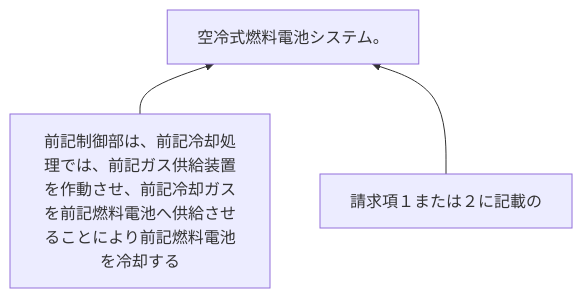
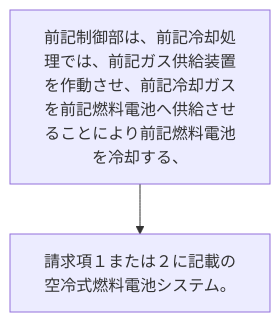
One commit to shinmori55/patent_analyzed changed the diagram in 2024/JP2024017767A/claim_6/README.md. Above: the diagram before and after it, drawn with Mermaid. The commit also changed 336 other files, not shown here.

````diff
--- a/2024/JP2024017767A/claim_6/README.md
+++ b/2024/JP2024017767A/claim_6/README.md
@@ -2,8 +2,6 @@
 ```mermaid
-flowchart BT
-A[前記制御部は、前記冷却処理では、前記ガス供給装置を作動させ、前記冷却ガスを前記燃料電池へ供給させることにより前記燃料電池を冷却する]
-B[請求項１または２に記載の]
-C[空冷式燃料電池システム。]
-A --> C
-B --> C
+flowchart TD
+A[前記制御部は、前記冷却処理では、前記ガス供給装置を作動させ、前記冷却ガスを前記燃料電池へ供給させることにより前記燃料電池を冷却する、]
+B[請求項１または２に記載の空冷式燃料電池システム。]
+A --> B
 ```
````
